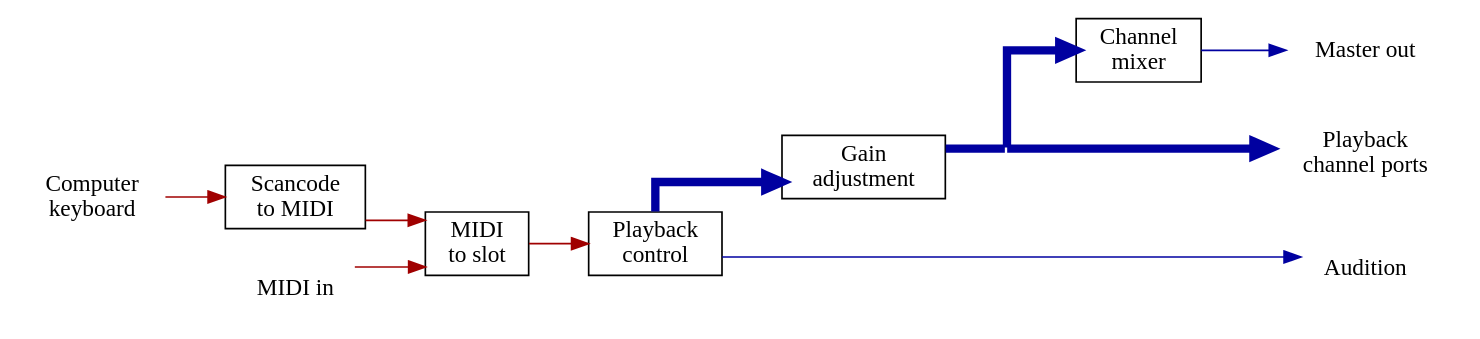
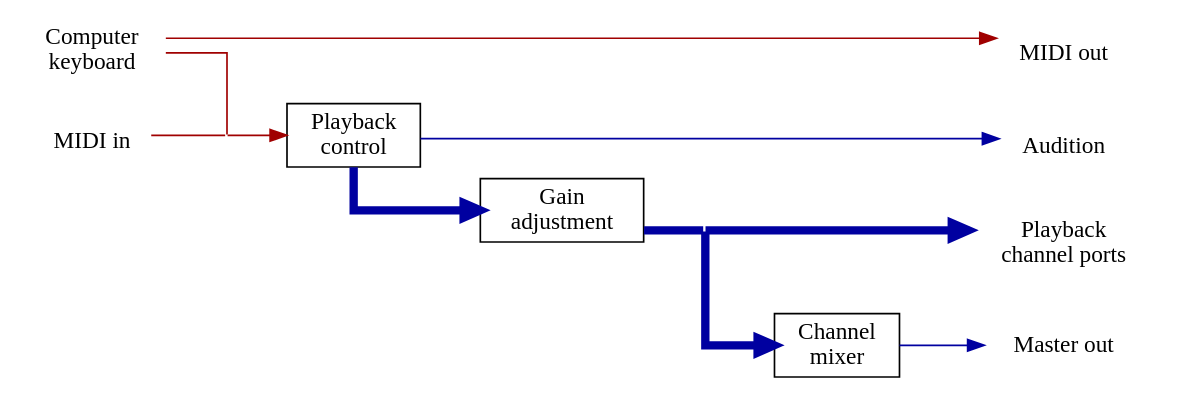
The diagram in doc/signalflow.dot (milasudril/anja), drawn with Graphviz before and after one commit.

Commit message:
More work on signalflow

```diff
--- a/doc/signalflow.dot
+++ b/doc/signalflow.dot
@@ -1,27 +1,30 @@
 digraph "signalflow"
 	{
 	rankdir="LR"
 	splines=ortho
 	node[shape="box"];
 	edge[color="#a00000"]
 	"Computer\nkeyboard"[shape=none]
-	"Computer\nkeyboard"->"Scancode\nto MIDI"
-	"Scancode\nto MIDI"->"MIDI\nto slot"
+	"Computer\nkeyboard"->junction_0[arrowhead=none]
+	"Computer\nkeyboard"->"MIDI out"
+	dummy_0->"MIDI out"[style=invis]
+	"MIDI out"[shape=none]
+	"MIDI in"->junction_0[arrowhead=none]
 	"MIDI in"[shape=none]
-	"MIDI in"->"MIDI\nto slot"
-	"MIDI\nto slot"->"Playback\ncontrol"
+	"junction_0"->"Playback\ncontrol"
 	"Playback\ncontrol"->"Gain\nadjustment"[penwidth = 5,color="#0000a0"]
 	"Audition"[shape=none]
 	"Playback\ncontrol"->"Audition"[color="#0000a0"]
 	"Gain\nadjustment"->"junction_1"[penwidth = 5,color="#0000a0",arrowhead=none]
 	"junction_1"->"Channel\nmixer"[penwidth = 5,color="#0000a0"]
 	"junction_1"->"Playback\nchannel ports"[penwidth = 5,color="#0000a0"]
 	"junction_1"->dummy_0[style=invis]
 	dummy_0->"Playback\nchannel ports"[style=invis]
 	dummy_0->"Audition"[style=invis]
 	dummy_0[style="invis"]
 	"Master out"[shape=none]
 	"junction_1"[style=invis,label="",fixedsize=true,width=0,height=0]
+	"junction_0"[style=invis,label="",fixedsize=true,width=0,height=0]
 	"Playback\nchannel ports"[shape=none]
 	"Channel\nmixer"->"Master out"[color="#0000a0"]
 	}
```
